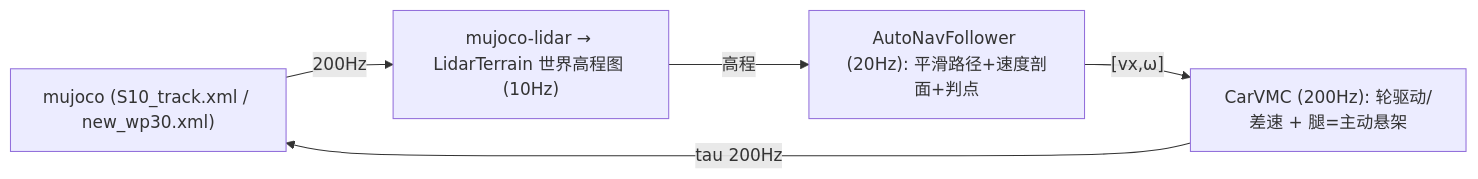
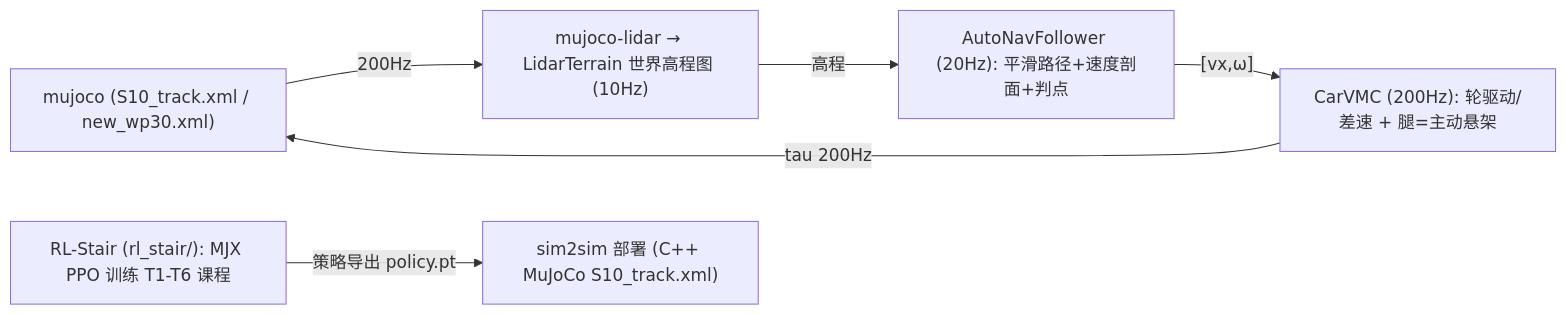
Before and after one commit to wangfanxin/deeprobot_competition: the diagram in README.md, drawn with Mermaid. The commit also changed other lines of this file and 770 other files, not shown here.

````diff
--- a/README.md
+++ b/README.md
@@ -24,7 +24,8 @@
 ```mermaid
 graph LR
     S["mujoco (S10_track.xml / new_wp30.xml)"] -->|"200Hz"| P["mujoco-lidar → LidarTerrain 世界高程图 (10Hz)"]
     P -->|"高程"| N["AutoNavFollower (20Hz): 平滑路径+速度剖面+判点"]
     N -->|"[vx,ω]"| C["CarVMC (200Hz): 轮驱动/差速 + 腿=主动悬架"]
     C -->|"tau 200Hz"| S
+    T["RL-Stair (rl_stair/): MJX PPO 训练 T1-T6 课程"] -->|"策略导出 policy.pt"| D["sim2sim 部署 (C++ MuJoCo S10_track.xml)"]
 ```
````
